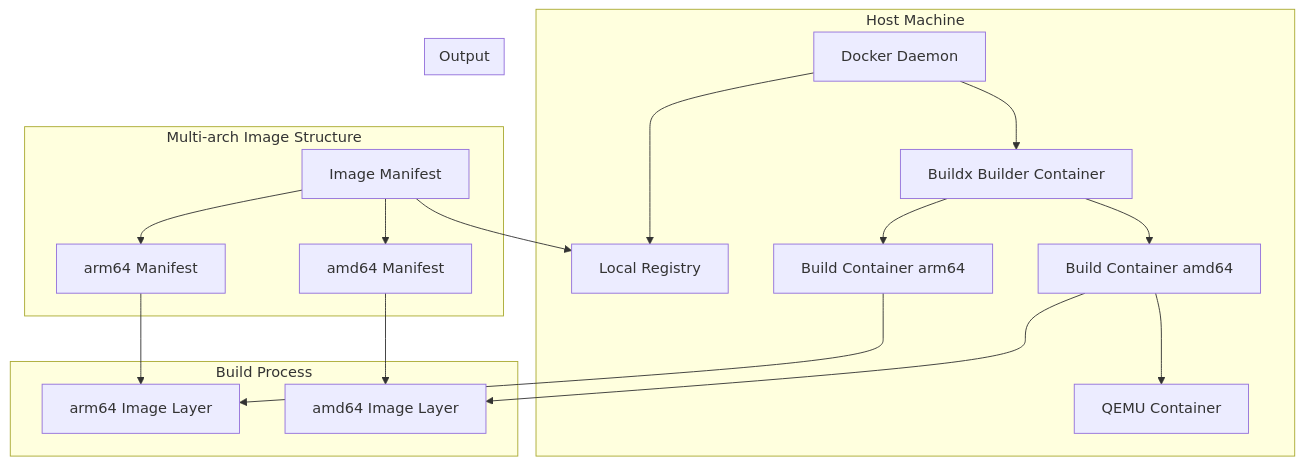
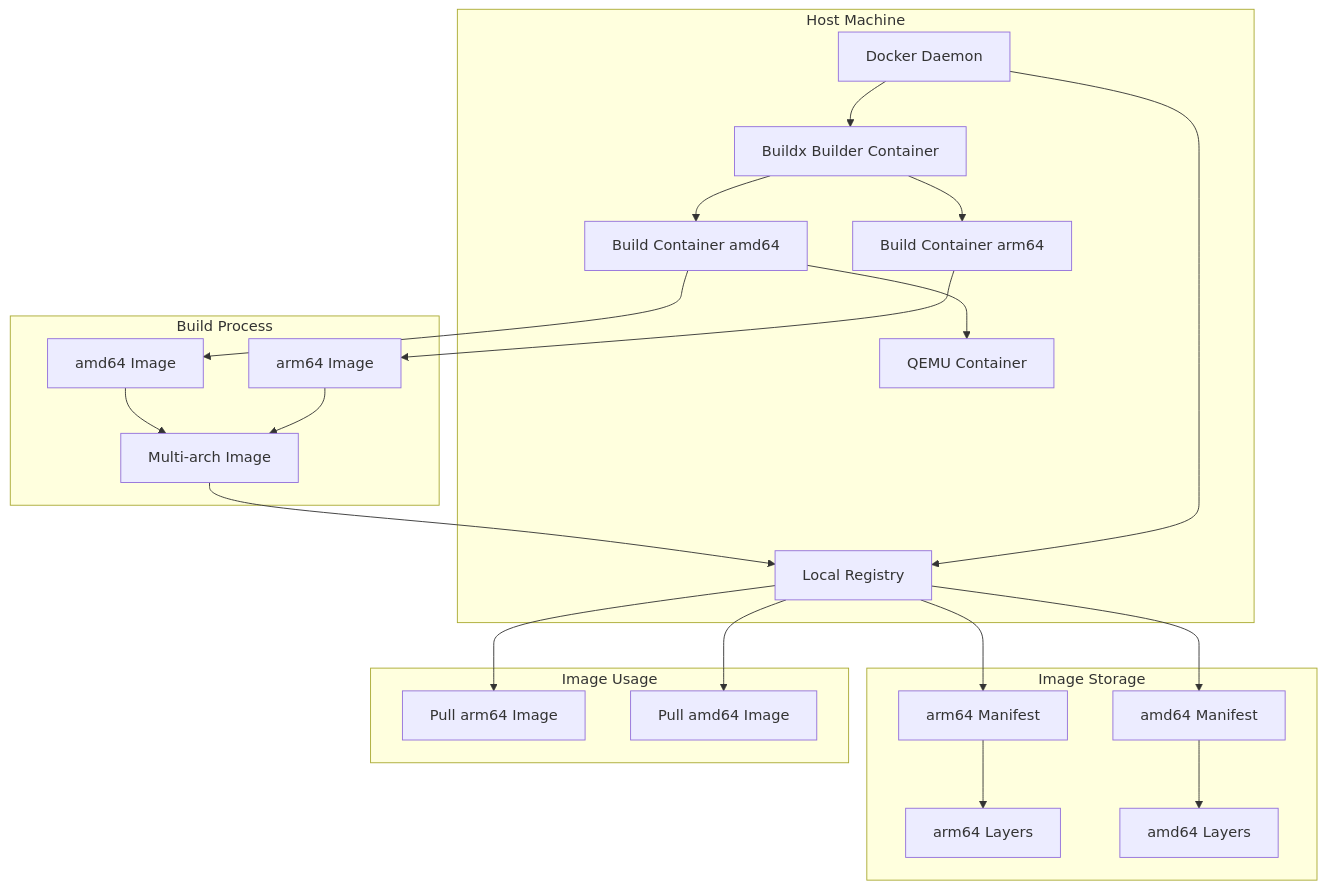
Before and after one commit to liweinan/k8s-example: the first of 3 diagrams in docker-buildx-example/README.md, drawn with Mermaid.

Commit message:
docs: update architecture diagram to show image storage and usage

````diff
--- a/docker-buildx-example/README.md
+++ b/docker-buildx-example/README.md
@@ -16,26 +16,30 @@
 ```mermaid
 graph TD
     subgraph Host Machine
         A[Docker Daemon] --> B[Local Registry]
         A --> C[Buildx Builder Container]
         C --> D[Build Container arm64]
         C --> E[Build Container amd64]
         E --> F[QEMU Container]
     end
     
     subgraph Build Process
-        D --> G[arm64 Image Layer]
-        E --> H[amd64 Image Layer]
+        D --> G[arm64 Image]
+        E --> H[amd64 Image]
+        G --> I[Multi-arch Image]
+        H --> I
     end
     
-    subgraph Multi-arch Image Structure
-        I[Image Manifest] --> J[arm64 Manifest]
-        I --> K[amd64 Manifest]
-        J --> G
-        K --> H
+    subgraph Image Storage
+        I --> B
+        B --> J[arm64 Manifest]
+        B --> K[amd64 Manifest]
+        J --> L[arm64 Layers]
+        K --> M[amd64 Layers]
     end
     
-    subgraph Output
-        I --> B
+    subgraph Image Usage
+        B --> N[Pull arm64 Image]
+        B --> O[Pull amd64 Image]
     end
 ```
````
